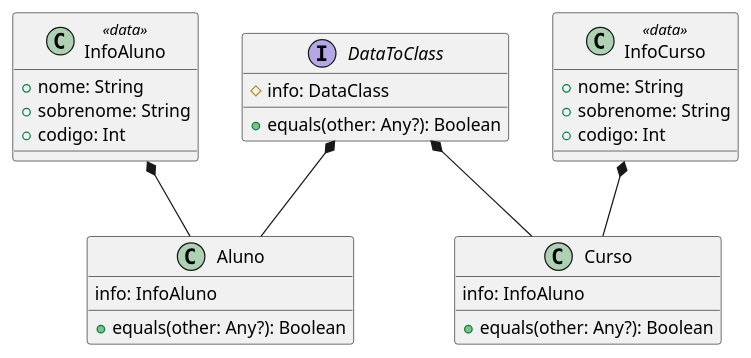
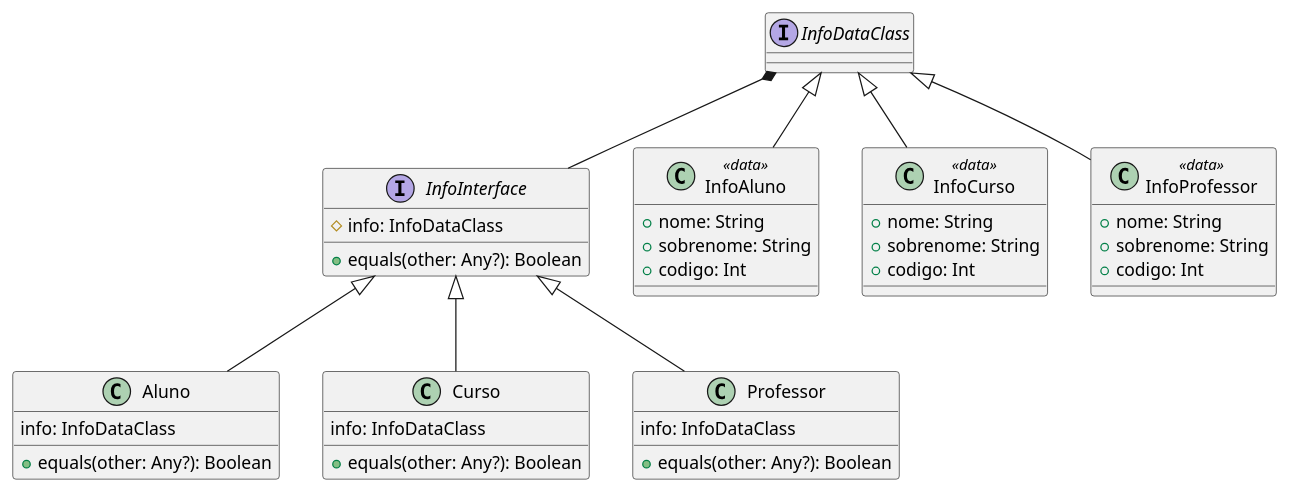
One commit to giovani-dev/Sistema-Escolar changed the diagram in docs/class.plantuml. Above: the diagram before and after it, drawn with PlantUML. The commit also changed 4 other files, not shown here.

```diff
--- a/docs/class.plantuml
+++ b/docs/class.plantuml
@@ -1,41 +1,64 @@
 @startuml
 
 
-interface DataToClass {
-    # info: DataClass
+interface InfoDataClass
+
+
+interface InfoInterface {
+    # info: InfoDataClass
 
     + equals(other: Any?): Boolean
 }
+
+InfoDataClass *-- InfoInterface
 
 class InfoAluno <<data>> {
     + nome: String
     + sobrenome: String
     + codigo: Int
 }
 
+InfoDataClass <|-- InfoAluno
+
 class Aluno {
-    info: InfoAluno
+    info: InfoDataClass
 
     + equals(other: Any?): Boolean
 }
 
-DataToClass *-- Aluno
-InfoAluno *-- Aluno
-
+InfoInterface <|-- Aluno
 
 class InfoCurso <<data>> {
     + nome: String
     + sobrenome: String
     + codigo: Int
 }
 
+InfoDataClass <|-- InfoCurso
+
 class Curso {
-    info: InfoAluno
+    info: InfoDataClass
 
     + equals(other: Any?): Boolean
 }
 
-DataToClass *-- Curso
-InfoCurso *-- Curso
+InfoInterface <|-- Curso
+
+
+class InfoProfessor <<data>> {
+    + nome: String
+    + sobrenome: String
+    + codigo: Int
+}
+
+InfoDataClass <|-- InfoProfessor
+
+class Professor {
+    info: InfoDataClass
+
+    + equals(other: Any?): Boolean
+}
+
+InfoInterface <|-- Professor
 
 @enduml
```
